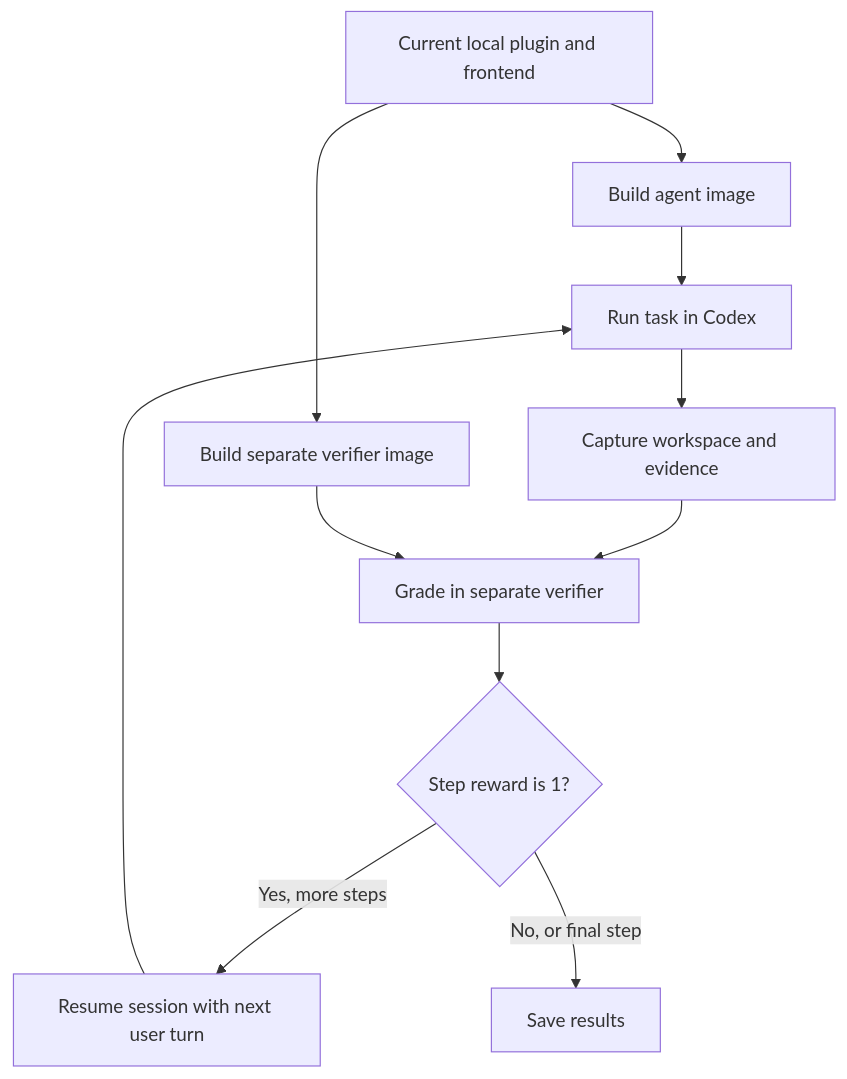
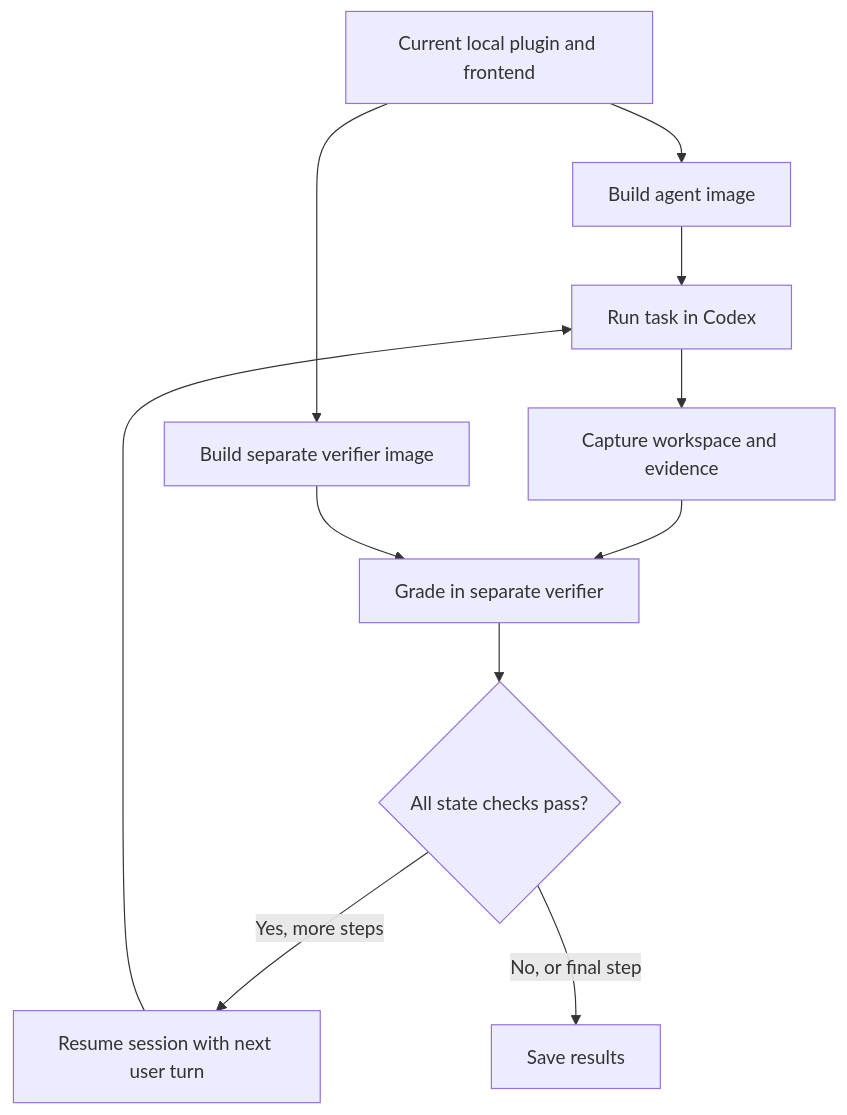
Before and after one commit to SamArgt/auto-bean: the first of 2 diagrams in evals/harbor/README.md, drawn with Mermaid. The commit also changed other lines of this file and 37 other files, not shown here.

````diff
--- a/evals/harbor/README.md
+++ b/evals/harbor/README.md
@@ -21,13 +21,13 @@
 ```mermaid
 flowchart TD
     A[Current local plugin and frontend] --> B[Build agent image]
     A --> C[Build separate verifier image]
     B --> D[Run task in Codex]
     D --> E[Capture workspace and evidence]
     E --> F[Grade in separate verifier]
     C --> F
-    F --> G{Step reward is 1?}
+    F --> G{All state checks pass?}
     G -->|Yes, more steps| H[Resume session with next user turn]
     H --> D
     G -->|No, or final step| I[Save results]
 ```
````
